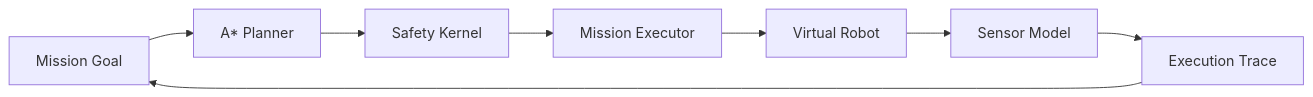
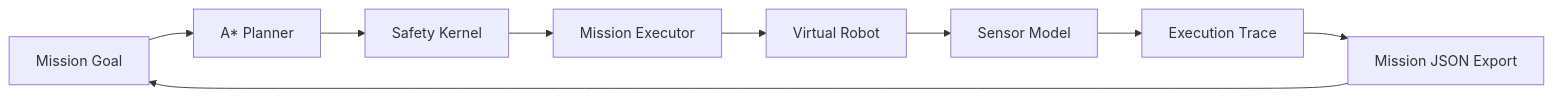
One commit to Hirakhyzer/embodied-ai-mission-lab changed the diagram in README.md. Above: the diagram before and after it, drawn with Mermaid. The commit also changed other lines of this file, not shown here.

````diff
--- a/README.md
+++ b/README.md
@@ -47,10 +62,11 @@
 ```mermaid
 flowchart LR
     A[Mission Goal] --> B[A* Planner]
     B --> C[Safety Kernel]
     C --> D[Mission Executor]
     D --> E[Virtual Robot]
     E --> F[Sensor Model]
     F --> G[Execution Trace]
-    G --> A
+    G --> H[Mission JSON Export]
+    H --> A
 ```
````
